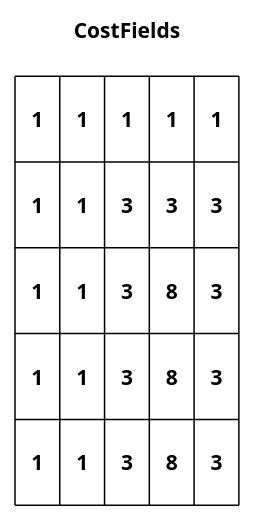
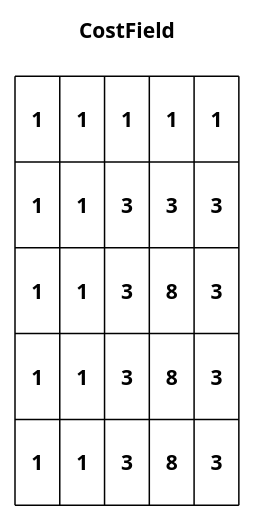
One commit to BlondeBurrito/bevy_flowfield_tiles_plugin changed the diagram in docs/cost_field_hill.puml. Above: the diagram before and after it, drawn with PlantUML. The commit also changed 35 other files, not shown here.

```diff
--- a/docs/cost_field_hill.puml
+++ b/docs/cost_field_hill.puml
@@ -1,12 +1,12 @@
 @startuml cost_field_hill
 
 title
-CostFields
+CostField
 
 |\n   1   \n|\n   1   \n|\n   1   \n|\n   1   \n|\n   1   \n|
 |\n   1   \n|\n   1   \n|\n   3   \n|\n   3   \n|\n   3   \n|
 |\n   1   \n|\n   1   \n|\n   3   \n|\n   8   \n|\n   3   \n|
 |\n   1   \n|\n   1   \n|\n   3   \n|\n   8   \n|\n   3   \n|
 |\n   1   \n|\n   1   \n|\n   3   \n|\n   8   \n|\n   3   \n|
 end title
 @enduml
```
